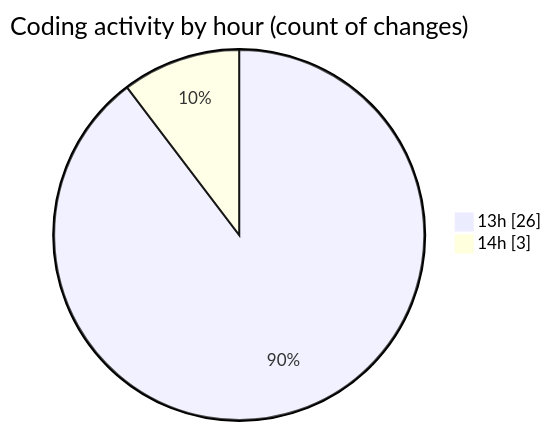
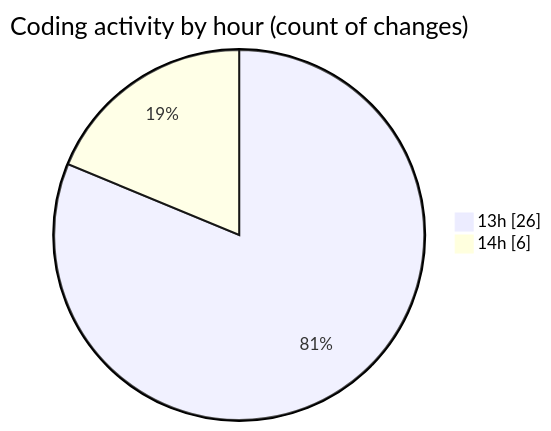
The second of 2 diagrams in 2025-06-29/whiteboard/README.md (Ritupan-Deka/code-tracking), drawn with Mermaid before and after one commit. The commit also changed other lines of this file and 1 other file, not shown here.

````diff
--- a/2025-06-29/whiteboard/README.md
+++ b/2025-06-29/whiteboard/README.md
@@ -31,6 +31,6 @@
 ```mermaid
 pie showData
 title Coding activity by hour (count of changes)
 "13h" : 26
-"14h" : 3
+"14h" : 6
 ```
````
